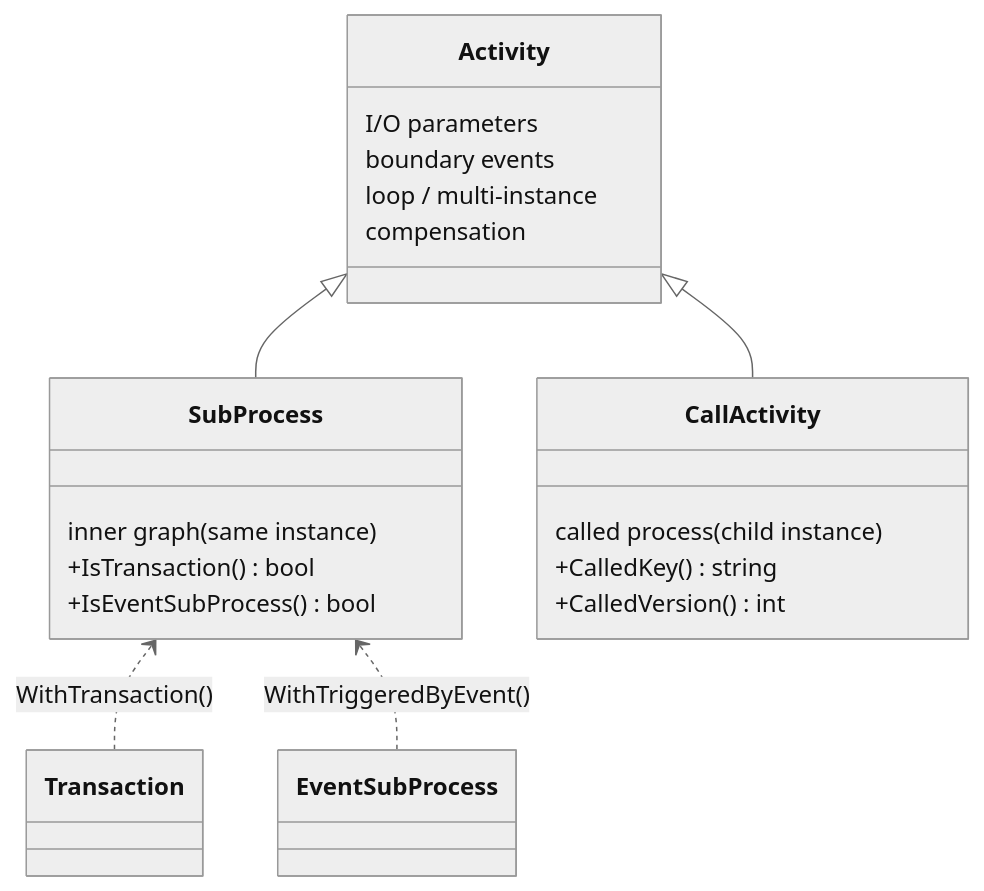
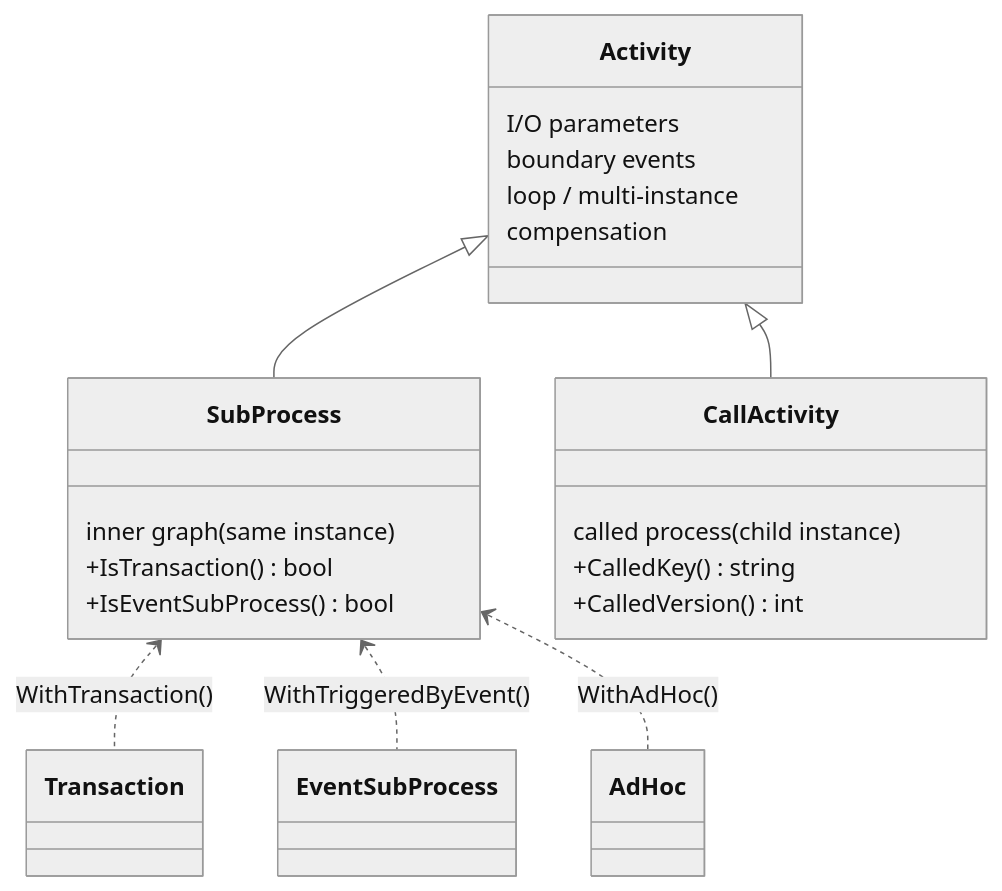
The diagram in docs/guides/subprocesses/index.md (dr-dobermann/gobpm), drawn with Mermaid (neutral theme) before and after one commit. The commit also changed other lines of this file and 17 other files, not shown here.

````diff
--- a/docs/guides/subprocesses/index.md
+++ b/docs/guides/subprocesses/index.md
@@ -28,23 +31,24 @@
 ```mermaid
 classDiagram
     class Activity {
       I/O parameters
       boundary events
       loop / multi-instance
       compensation
     }
     class SubProcess {
       inner graph (same instance)
       +IsTransaction() bool
       +IsEventSubProcess() bool
     }
     class CallActivity {
       called process (child instance)
       +CalledKey() string
       +CalledVersion() int
     }
     Activity <|-- SubProcess
     Activity <|-- CallActivity
     SubProcess <.. Transaction : WithTransaction()
     SubProcess <.. EventSubProcess : WithTriggeredByEvent()
+    SubProcess <.. AdHoc : WithAdHoc()
 ```
````
